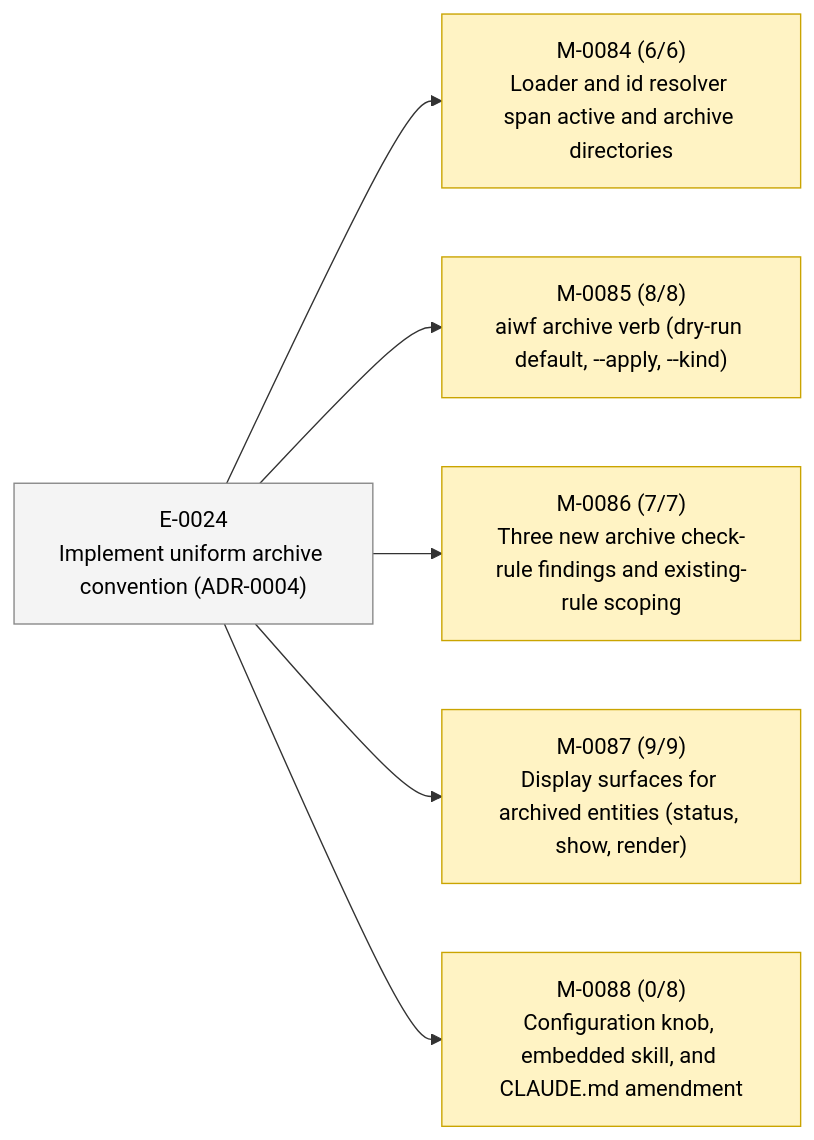
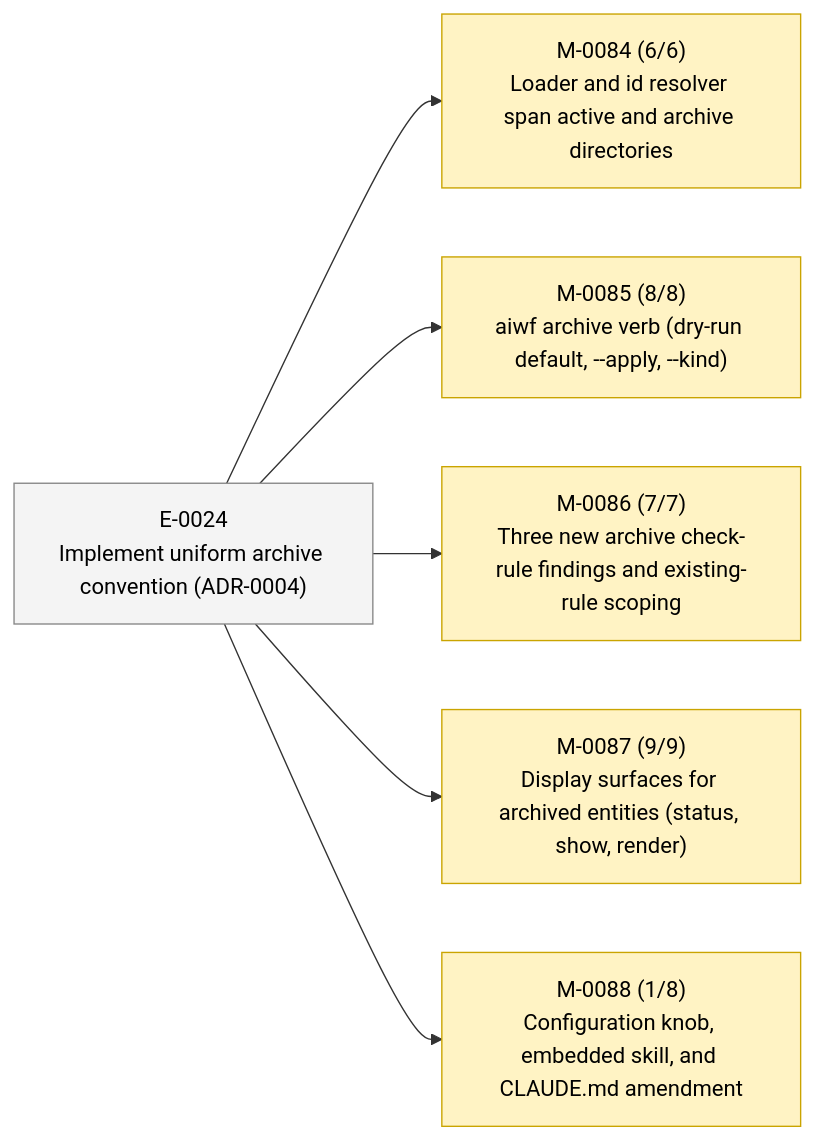
Before and after one commit to 23min/aiwf: the second of 2 diagrams in STATUS.md, drawn with Mermaid. The commit also changed other lines of this file and 1 other file, not shown here.

````diff
--- a/STATUS.md
+++ b/STATUS.md
@@ -49,20 +49,20 @@
 ```mermaid
 flowchart LR
   E_0024["E-0024<br/>Implement uniform archive convention (ADR-0004)"]:::epic_proposed
   M_0084["M-0084 (6/6)<br/>Loader and id resolver span active and archive directories"]:::ms_in_progress
   E_0024 --> M_0084
   M_0085["M-0085 (8/8)<br/>aiwf archive verb (dry-run default, --apply, --kind)"]:::ms_in_progress
   E_0024 --> M_0085
   M_0086["M-0086 (7/7)<br/>Three new archive check-rule findings and existing-rule scoping"]:::ms_in_progress
   E_0024 --> M_0086
   M_0087["M-0087 (9/9)<br/>Display surfaces for archived entities (status, show, render)"]:::ms_in_progress
   E_0024 --> M_0087
-  M_0088["M-0088 (0/8)<br/>Configuration knob, embedded skill, and CLAUDE.md amendment"]:::ms_in_progress
+  M_0088["M-0088 (1/8)<br/>Configuration knob, embedded skill, and CLAUDE.md amendment"]:::ms_in_progress
   E_0024 --> M_0088
   classDef epic_active fill:#d6eaff,stroke:#1a73e8,color:#000
   classDef epic_proposed fill:#f4f4f4,stroke:#888,color:#000
   classDef ms_done fill:#d8f5d8,stroke:#2a8a2a,color:#000
   classDef ms_in_progress fill:#fff3c4,stroke:#caa400,color:#000
   classDef ms_draft fill:#f4f4f4,stroke:#888,color:#000
   classDef ms_cancelled fill:#fbeaea,stroke:#c33,color:#000
 ```
````
